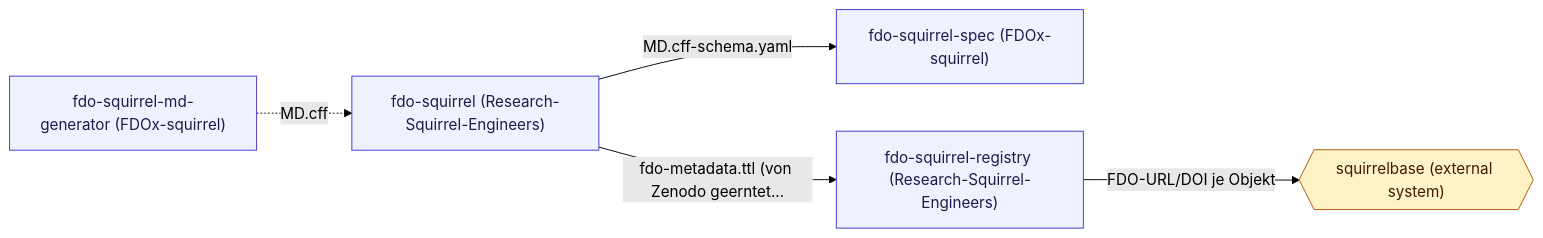
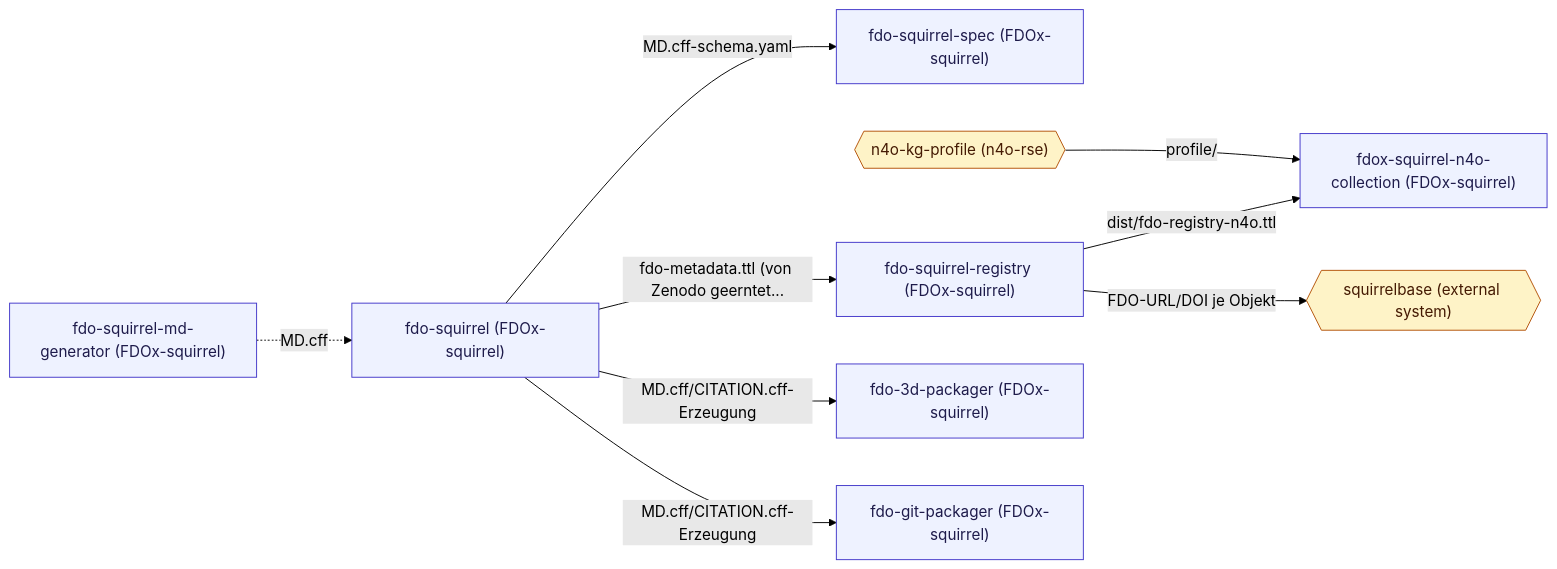
One commit to FDOx-squirrel/fdo-architecture changed the diagram in dist/architecture.mmd. Above: the diagram before and after it, drawn with Mermaid (forest theme). The commit also changed 4 other files, not shown here.

```diff
--- a/dist/architecture.mmd
+++ b/dist/architecture.mmd
@@ -1,24 +1,40 @@
 flowchart LR
     classDef repo fill:#eef2ff,stroke:#4338ca,color:#1e1b4b;
     classDef external fill:#fef3c7,stroke:#b45309,color:#451a03;
 
     fdo_squirrel_md_generator["fdo-squirrel-md-generator (FDOx-squirrel)"]
-    fdo_squirrel["fdo-squirrel (Research-Squirrel-Engineers)"]
+    fdo_squirrel["fdo-squirrel (FDOx-squirrel)"]
     fdo_squirrel_spec["fdo-squirrel-spec (FDOx-squirrel)"]
-    fdo_squirrel_registry["fdo-squirrel-registry (Research-Squirrel-Engineers)"]
+    fdo_squirrel_registry["fdo-squirrel-registry (FDOx-squirrel)"]
+    fdox_squirrel_n4o_collection["fdox-squirrel-n4o-collection (FDOx-squirrel)"]
+    n4o_kg_profile{{"n4o-kg-profile (n4o-rse)"}}
     squirrelbase{{"squirrelbase (external system)"}}
+    fdo_3d_packager["fdo-3d-packager (FDOx-squirrel)"]
+    fdo_git_packager["fdo-git-packager (FDOx-squirrel)"]
 
     fdo_squirrel_md_generator -. "MD.cff" .-> fdo_squirrel
     fdo_squirrel -- "MD.cff-schema.yaml" --> fdo_squirrel_spec
     fdo_squirrel -- "fdo-metadata.ttl (von Zenodo geerntet..." --> fdo_squirrel_registry
+    fdo_squirrel_registry -- "dist/fdo-registry-n4o.ttl" --> fdox_squirrel_n4o_collection
+    n4o_kg_profile -- "profile/" --> fdox_squirrel_n4o_collection
     fdo_squirrel_registry -- "FDO-URL/DOI je Objekt" --> squirrelbase
+    fdo_squirrel -- "MD.cff/CITATION.cff-Erzeugung" --> fdo_3d_packager
+    fdo_squirrel -- "MD.cff/CITATION.cff-Erzeugung" --> fdo_git_packager
 
     class fdo_squirrel_md_generator repo;
     click fdo_squirrel_md_generator "https://github.com/FDOx-squirrel/fdo-squirrel-md-generator" "_blank"
     class fdo_squirrel repo;
-    click fdo_squirrel "https://github.com/Research-Squirrel-Engineers/fdo-squirrel" "_blank"
+    click fdo_squirrel "https://github.com/FDOx-squirrel/fdo-squirrel" "_blank"
     class fdo_squirrel_spec repo;
     click fdo_squirrel_spec "https://github.com/FDOx-squirrel/fdo-squirrel-spec" "_blank"
     class fdo_squirrel_registry repo;
-    click fdo_squirrel_registry "https://github.com/Research-Squirrel-Engineers/fdo-squirrel-registry" "_blank"
+    click fdo_squirrel_registry "https://github.com/FDOx-squirrel/fdo-squirrel-registry" "_blank"
+    class fdox_squirrel_n4o_collection repo;
+    click fdox_squirrel_n4o_collection "https://github.com/FDOx-squirrel/fdox-squirrel-n4o-collection" "_blank"
+    class n4o_kg_profile external;
+    click n4o_kg_profile "https://github.com/n4o-rse/n4o-kg-profile" "_blank"
     class squirrelbase external;
+    class fdo_3d_packager repo;
+    click fdo_3d_packager "https://github.com/FDOx-squirrel/fdo-3d-packager" "_blank"
+    class fdo_git_packager repo;
+    click fdo_git_packager "https://github.com/FDOx-squirrel/fdo-git-packager" "_blank"
```
